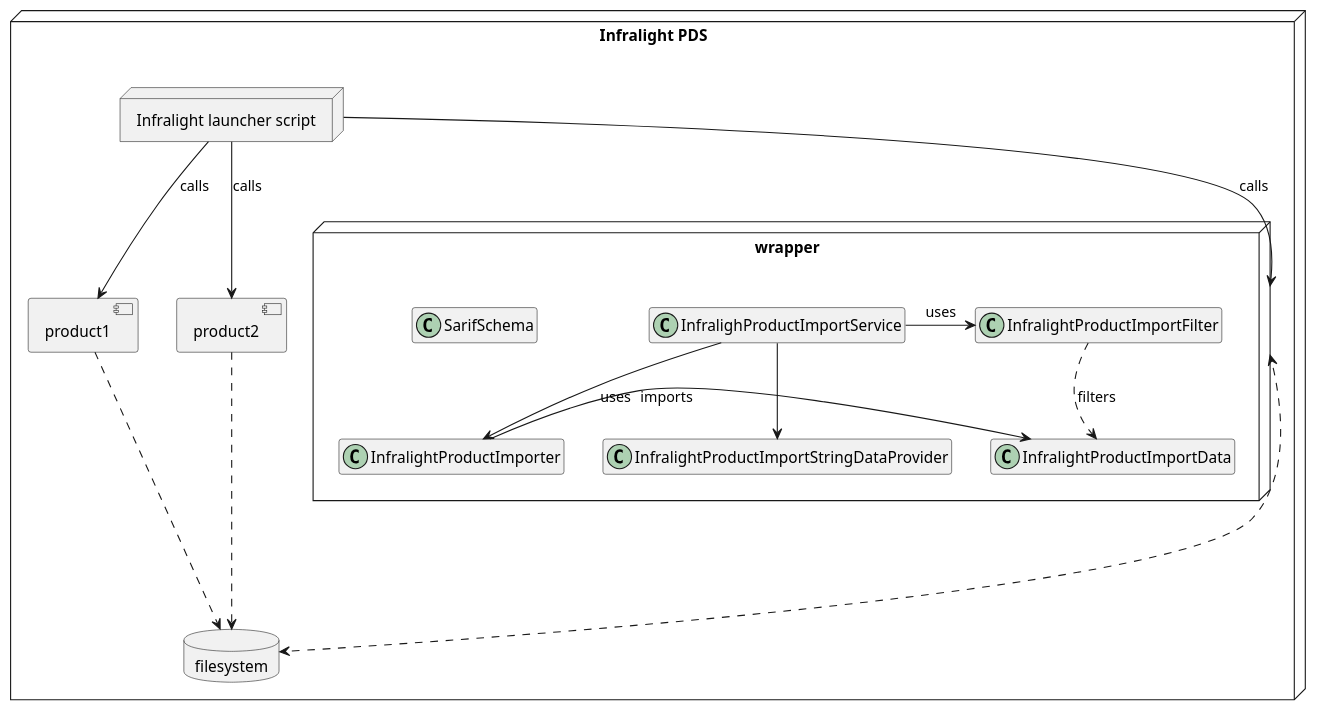
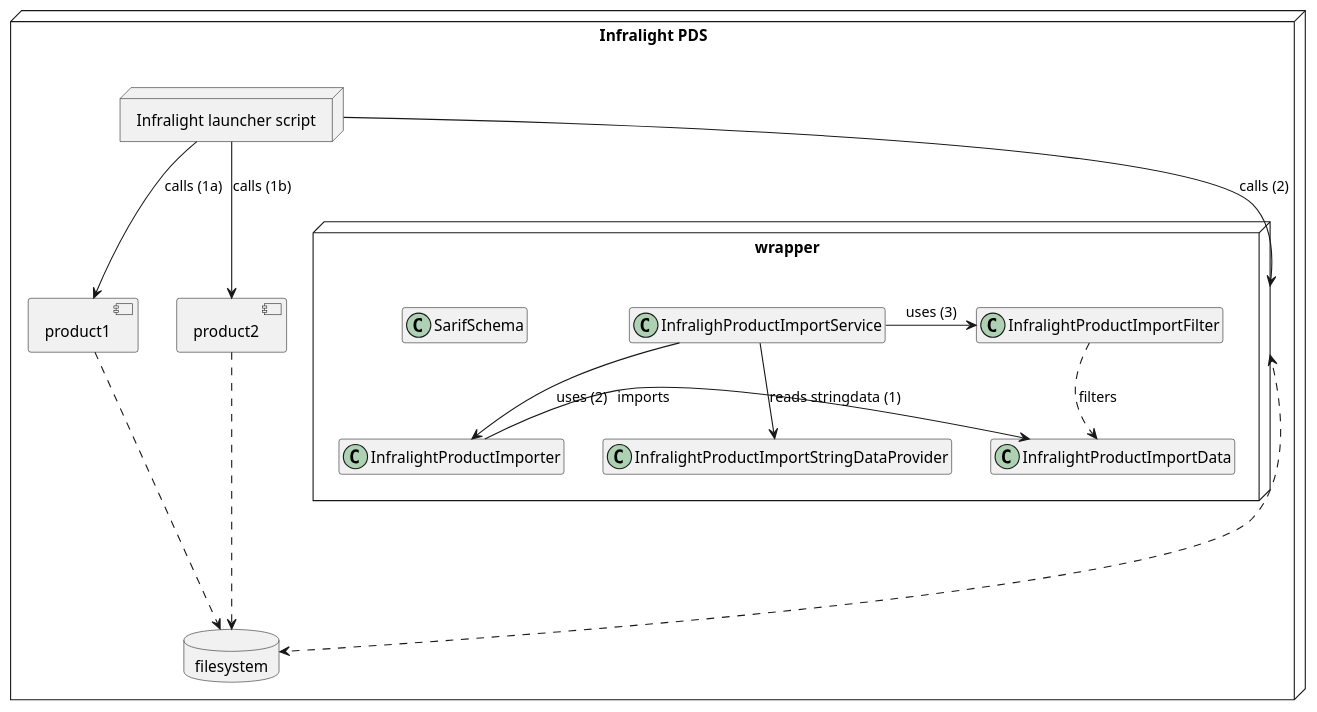
One commit to mercedes-benz/sechub changed the diagram in sechub-wrapper-infralight/overview.puml. Above: the diagram before and after it, drawn with PlantUML. The commit also changed 11 other files, not shown here.

```diff
--- a/sechub-wrapper-infralight/overview.puml
+++ b/sechub-wrapper-infralight/overview.puml
@@ -1,56 +1,55 @@
 @startuml
 
 'Hide empty parts:
 hide empty fields
 hide empty methods
 
 'You can find more examles at https://plantuml.com/class-diagram
 
 
 
 node InfralightPDS as "Infralight PDS" {
 
 	database filesystem {
 	
 	}
 	node script as "Infralight launcher script" {
 	}
 
 
 	component product1 {
 	}
 	
 	component product2 {
 	}
-	script --> product1 : calls
-	script --> product2 : calls
-	script --> wrapper : calls
+	script --> product1 : calls (1a)
+	script --> product2 : calls (1b)
+	script --> wrapper : calls (2)
 	
 	product1 ....> filesystem
 	product2 ....> filesystem
 	wrapper <....> filesystem
 
 
 	node wrapper {
 	
 		class SarifSchema {
 		}
 	
 		class InfralightProductImporter {
 		}
 		
 		
 		class InfralightProductImportFilter {
 		}
 		
-		InfralightProductImporter -> InfralightProductImportData : imports
+		InfralightProductImporter -> InfralightProductImportData : imports 
 		InfralightProductImportFilter ..> InfralightProductImportData : filters
-		InfralighProductImportService --> InfralightProductImportStringDataProvider
 		
-		
-		InfralighProductImportService --> InfralightProductImporter : uses
-		InfralighProductImportService -> InfralightProductImportFilter: uses
+		InfralighProductImportService --> InfralightProductImportStringDataProvider : reads stringdata (1)
+		InfralighProductImportService --> InfralightProductImporter : uses (2)
+		InfralighProductImportService -> InfralightProductImportFilter: uses (3)
 	}
 
 }
 @enduml
```
